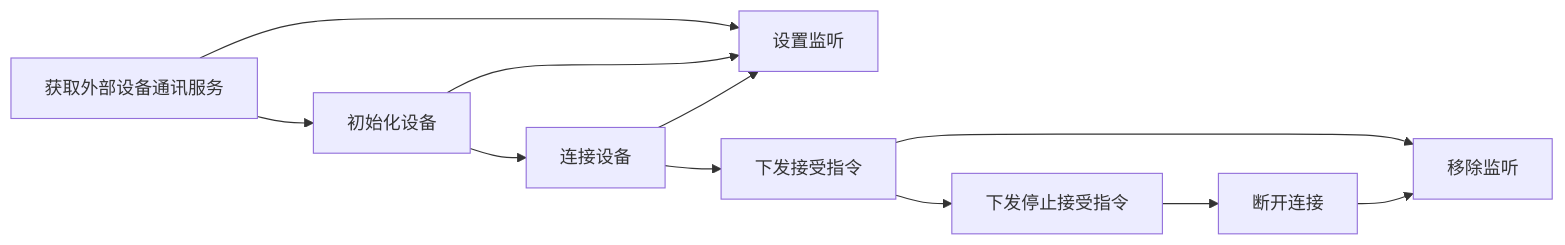
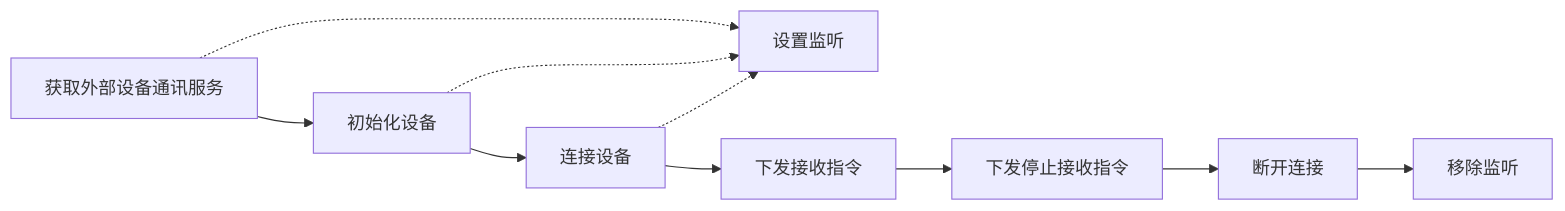
One commit to Entertech/EntertechExternalDeviceCommunication changed the diagram in README.md. Above: the diagram before and after it, drawn with Mermaid. The commit also changed other lines of this file, not shown here.

````diff
--- a/README.md
+++ b/README.md
@@ -327,17 +339,16 @@
 ```mermaid
 graph LR
 
-下发接受指令-->移除监听
 断开连接-->移除监听
-获取外部设备通讯服务-->设置监听
-初始化设备-->设置监听
-连接设备-->设置监听
+获取外部设备通讯服务-.->设置监听
+初始化设备-.->设置监听
+连接设备-.->设置监听
 获取外部设备通讯服务-->
 初始化设备-->
 连接设备-->
-下发接受指令-->
-下发停止接受指令-->
+下发接收指令-->
+下发停止接收指令-->
 断开连接
 
 
 ```
````
